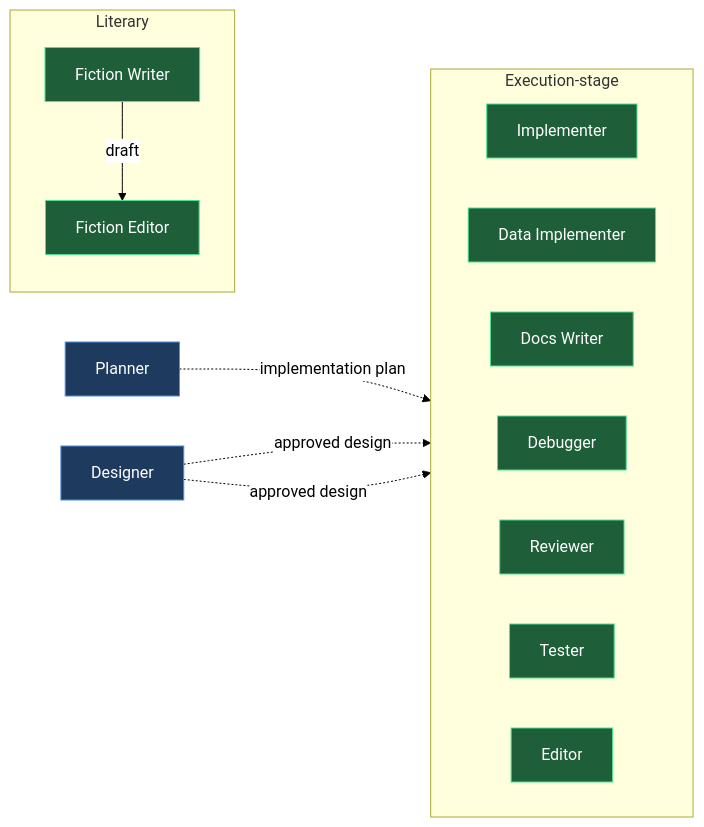
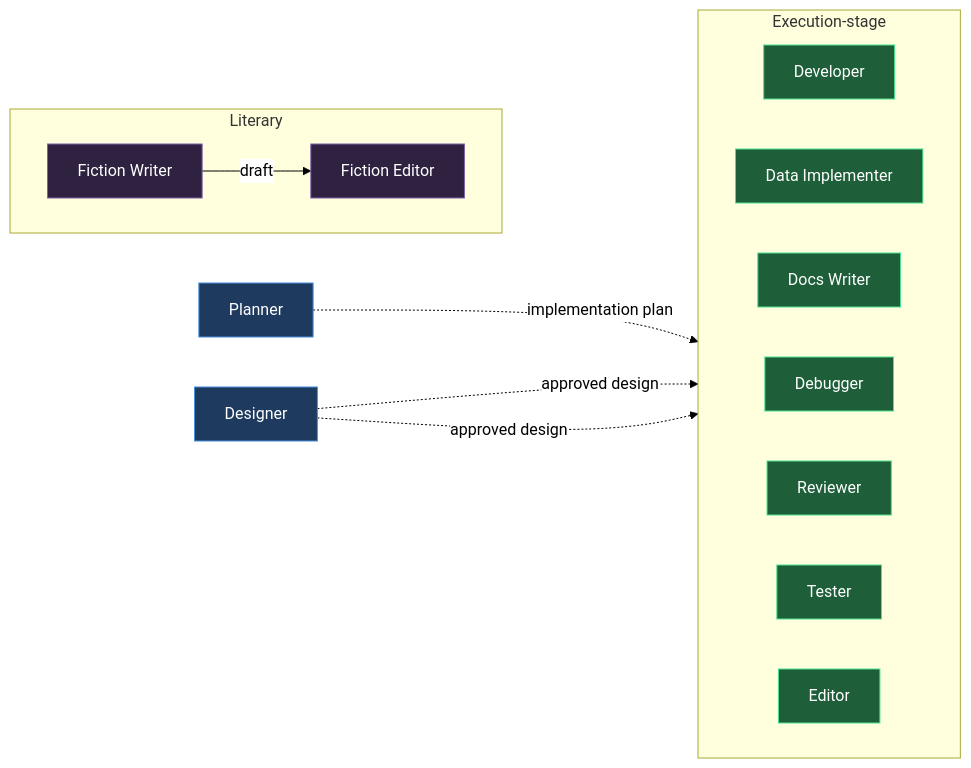
One commit to mebius-san/lazy-cortex changed the diagram in plugins/claude/lazycortex-experts/help/execution-stage-agents.md. Above: the diagram before and after it, drawn with Mermaid. The commit also changed other lines of this file and 268 other files, not shown here.

````diff
--- a/plugins/claude/lazycortex-experts/help/execution-stage-agents.md
+++ b/plugins/claude/lazycortex-experts/help/execution-stage-agents.md
@@ -74,42 +74,44 @@
 ```mermaid
 %%{init: {'themeVariables':{'background':'transparent','lineColor':'#000','textColor':'#000','edgeLabelBackground':'#fff'},'themeCSS':'.edgeLabel{background-color:transparent!important}.edgeLabel p{background-color:transparent!important}','flowchart':{'diagramPadding':5,'useMaxWidth':true}}}%%
 flowchart LR
   planner["Planner"]
   designer["Designer"]
 
   subgraph executionStage["Execution-stage"]
     direction LR
-    implementer["Implementer"]
+    developer["Developer"]
     dataImplementer["Data Implementer"]
     docsWriter["Docs Writer"]
     debugger["Debugger"]
     reviewer["Reviewer"]
     tester["Tester"]
     editor["Editor"]
   end
 
   subgraph literary["Literary"]
+    direction LR
     fictionWriter["Fiction Writer"]
     fictionEditor["Fiction Editor"]
   end
 
-  planner -.->|implementation plan| implementer
+  fictionWriter -->|draft| fictionEditor
+  planner -.->|implementation plan| developer
   designer -.->|approved design| dataImplementer
   designer -.->|approved design| docsWriter
-  fictionWriter -->|draft| fictionEditor
 
   classDef entry fill:#1e3a5f,stroke:#4a90e2,color:#fff
   classDef action fill:#1e5f3a,stroke:#4ae290,color:#fff
+  classDef sub fill:#2e2240,stroke:#7e63a8,color:#fff
 
   class planner entry
   class designer entry
-  class implementer action
+  class developer action
   class dataImplementer action
   class docsWriter action
   class debugger action
   class reviewer action
   class tester action
   class editor action
-  class fictionWriter action
-  class fictionEditor action
+  class fictionWriter sub
+  class fictionEditor sub
 ```
````
